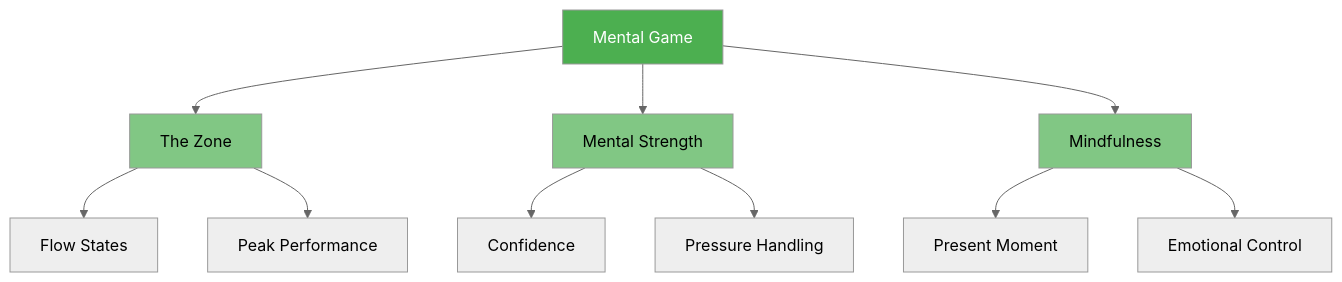
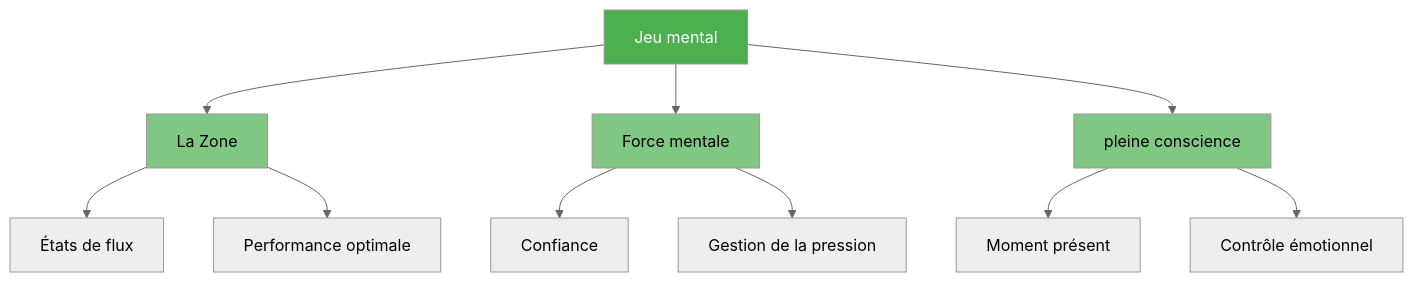
Before and after one commit to patwii/petanque-academy: the diagram in docs/fr/education/mental-game/index.md, drawn with Mermaid (neutral theme). The commit also changed other lines of this file and 550 other files, not shown here.

````diff
--- a/docs/fr/education/mental-game/index.md
+++ b/docs/fr/education/mental-game/index.md
@@ -14,20 +14,20 @@
 ```mermaid
 graph TD
-    A[Mental Game] --> B[The Zone]
-    A --> C[Mental Strength]
-    A --> D[Mindfulness]
+    A[Jeu mental] --> B[La Zone]
+    A --> C[Force mentale]
+    A --> D[pleine conscience]
     
-    B --> E[Flow States]
-    B --> F[Peak Performance]
+    B --> E[États de flux]
+    B --> F[Performance optimale]
     
-    C --> G[Confidence]
-    C --> H[Pressure Handling]
+    C --> G[Confiance]
+    C --> H[Gestion de la pression]
     
-    D --> I[Present Moment]
-    D --> J[Emotional Control]
+    D --> I[Moment présent]
+    D --> J[Contrôle émotionnel]
     
     style A fill:#4CAF50,color:#fff
     style B fill:#81C784
     style C fill:#81C784
     style D fill:#81C784
 ```
````
